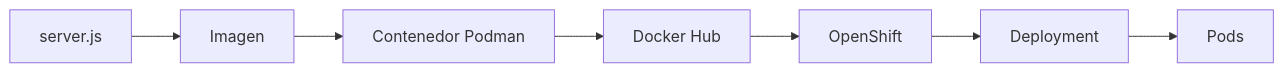
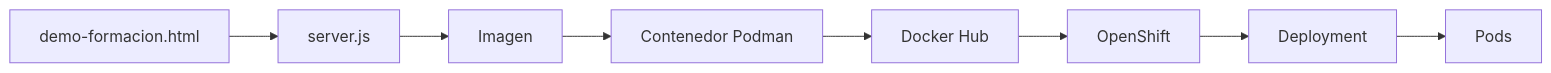
The first of 3 diagrams in docs/sesion1/1.8-practica-imagen-cluster-completo.md (ieftraining/curso-openshift), drawn with Mermaid before and after one commit. The commit also changed other lines of this file, not shown here.

````diff
--- a/docs/sesion1/1.8-practica-imagen-cluster-completo.md
+++ b/docs/sesion1/1.8-practica-imagen-cluster-completo.md
@@ -31,9 +31,10 @@
 ```mermaid
 flowchart LR
-    A[server.js] --> B[Imagen]
-    B --> C[Contenedor Podman]
-    C --> D[Docker Hub]
-    D --> E[OpenShift]
-    E --> F[Deployment]
-    F --> G[Pods]
+    A[demo-formacion.html] --> B[server.js]
+    B --> C[Imagen]
+    C --> D[Contenedor Podman]
+    D --> E[Docker Hub]
+    E --> F[OpenShift]
+    F --> G[Deployment]
+    G --> H[Pods]
 ```
````
